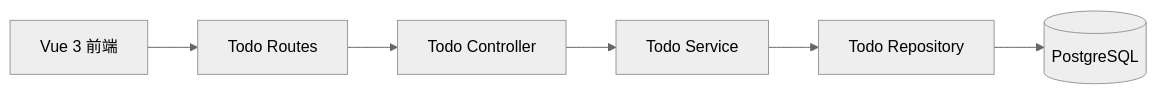
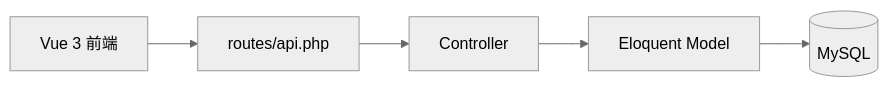
The second of 3 diagrams in docs/architecture.md (annie-clickforce/todo-fullstack), drawn with Mermaid (neutral theme) before and after one commit. The commit also changed other lines of this file and 3 other files, not shown here.

````diff
--- a/docs/architecture.md
+++ b/docs/architecture.md
@@ -36,8 +36,7 @@
 ```mermaid
 flowchart LR
-    Frontend[Vue 3 前端] --> Routes[Todo Routes]
-    Routes --> Controller[Todo Controller]
-    Controller --> Service[Todo Service]
-    Service --> Repository[Todo Repository]
-    Repository --> DB[(PostgreSQL)]
+    Frontend[Vue 3 前端] --> Routes[routes/api.php]
+    Routes --> Controller[Controller]
+    Controller --> Model[Eloquent Model]
+    Model --> DB[(MySQL)]
 ```
````
